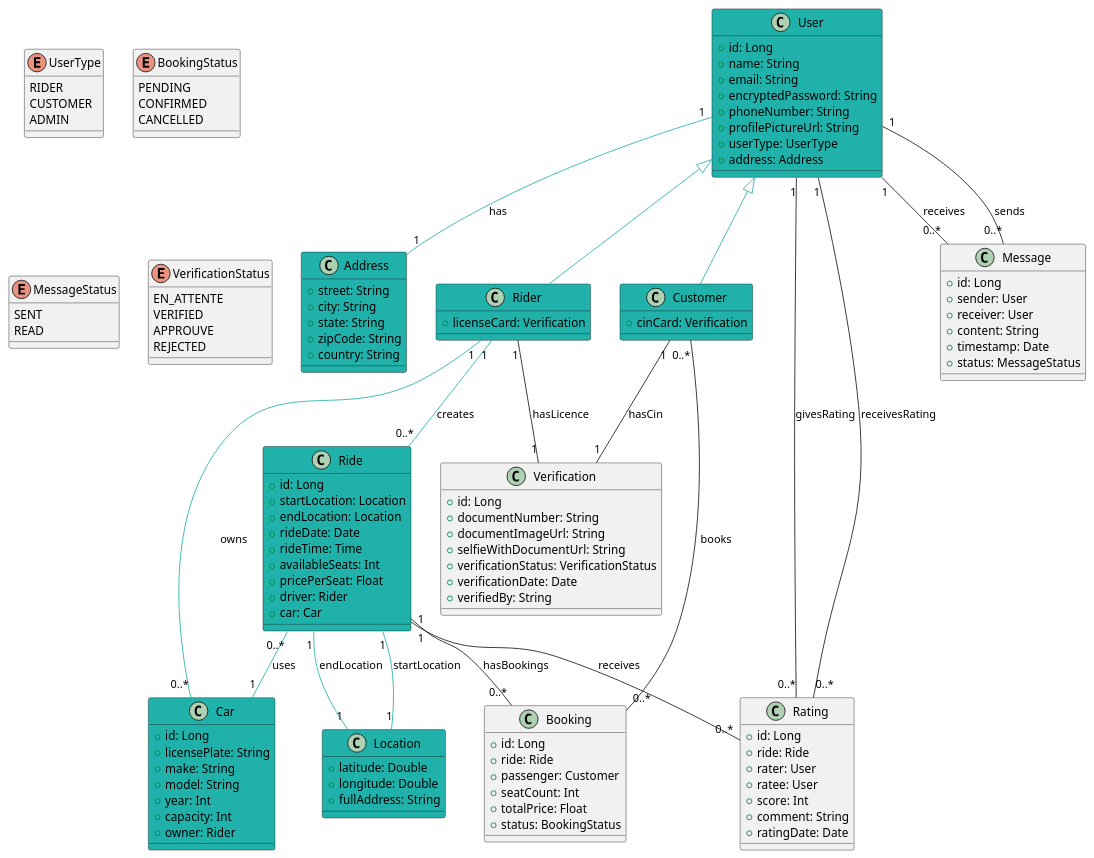
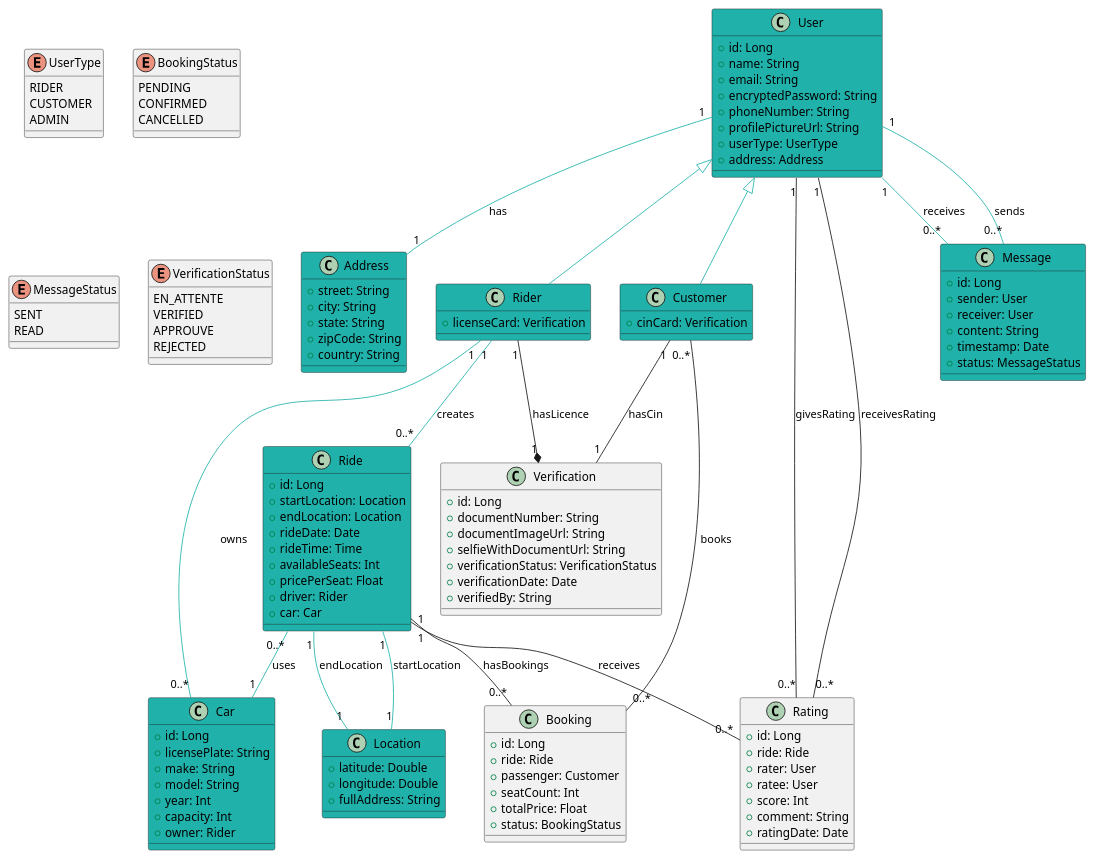
Before and after one commit to Mk-1000/my-ride-api: the diagram in MyRide.plantuml, drawn with PlantUML. The commit also changed 33 other files, not shown here.

```diff
--- a/MyRide.plantuml
+++ b/MyRide.plantuml
@@ -1,143 +1,143 @@
 @startuml
 class User #LightSeaGreen {
   +id: Long
   +name: String
   +email: String
   +encryptedPassword: String
   +phoneNumber: String
   +profilePictureUrl: String
   +userType: UserType
   +address: Address
 }
 
 class Address #LightSeaGreen {
   +street: String
   +city: String
   +state: String
   +zipCode: String
   +country: String
 }
 
 class Location #LightSeaGreen {
   +latitude: Double
   +longitude: Double
   +fullAddress: String
 }
 
 class Rider #LightSeaGreen {
   +licenseCard: Verification
 }
 
 class Verification {
   +id: Long
   +documentNumber: String
   +documentImageUrl: String
   +selfieWithDocumentUrl: String
   +verificationStatus: VerificationStatus
   +verificationDate: Date
   +verifiedBy: String
 }
 
 class Customer #LightSeaGreen{
     +cinCard: Verification
 }
 
 class Car #LightSeaGreen{
   +id: Long
   +licensePlate: String
   +make: String
   +model: String
   +year: Int
   +capacity: Int
   +owner: Rider
 }
 
 class Ride #LightSeaGreen {
   +id: Long
   +startLocation: Location
   +endLocation: Location
   +rideDate: Date
   +rideTime: Time
   +availableSeats: Int
   +pricePerSeat: Float
   +driver: Rider
   +car: Car
 }
 
 class Booking {
   +id: Long
   +ride: Ride
   +passenger: Customer
   +seatCount: Int
   +totalPrice: Float
   +status: BookingStatus
 }
 
 class Rating {
   +id: Long
   +ride: Ride
   +rater: User
   +ratee: User
   +score: Int
   +comment: String
   +ratingDate: Date
 }
 
-class Message {
+class Message #LightSeaGreen {
   +id: Long
   +sender: User
   +receiver: User
   +content: String
   +timestamp: Date
   +status: MessageStatus
 }
 
 enum UserType {
   RIDER
   CUSTOMER
   ADMIN
 }
 
 enum BookingStatus {
   PENDING
   CONFIRMED
   CANCELLED
 }
 
 enum MessageStatus {
   SENT
   READ
 }
 
 ' Waiting for verification (initial state)
 ' Good detection by AI (automated status)
 ' Final approval by support team
 ' Rejected by support team or failed AI verification
 
 enum VerificationStatus {
   EN_ATTENTE
   VERIFIED
   APPROUVE
   REJECTED
 }
 
 ' Relationships
 Customer "1" -- "1" Verification: hasCin
-Rider "1" -- "1" Verification: hasLicence
+Rider "1" --* "1" Verification : hasLicence
 User "1" -- "1" Address #LightSeaGreen: has
 
 User <|-- Rider #LightSeaGreen
 User <|-- Customer #LightSeaGreen
 Rider "1" -- "0..*" Car #LightSeaGreen : owns
 Rider "1" -- "0..*" Ride #LightSeaGreen : creates 
 Ride "0..*" -- "1" Car #LightSeaGreen : uses
 Ride "1" -- "0..*" Booking: hasBookings
 Customer "0..*" -- "0..*" Booking: books
 Ride "1" -- "0..*" Rating: receives
 User "1" -- "0..*" Rating: givesRating
 User "1" -- "0..*" Rating: receivesRating
-User "1" -- "0..*" Message: sends
-User "1" -- "0..*" Message: receives
+User "1" -- "0..*" Message #LightSeaGreen : sends
+User "1" -- "0..*" Message #LightSeaGreen : receives
 Ride "1" -- "1" Location #LightSeaGreen : startLocation
 Ride "1" -- "1" Location #LightSeaGreen : endLocation
 @enduml
```
